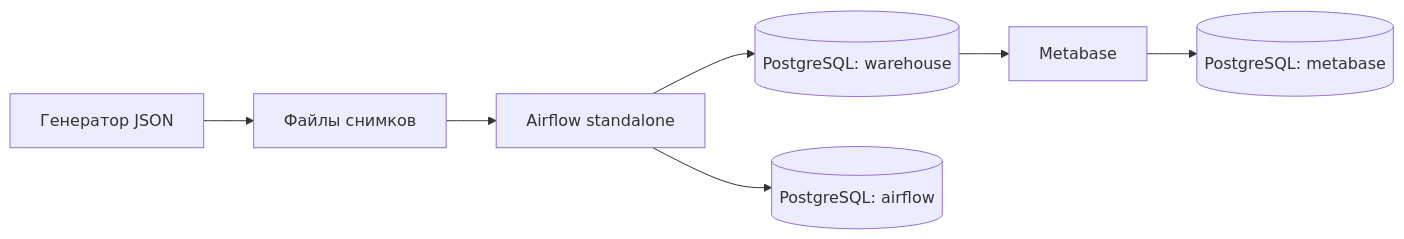
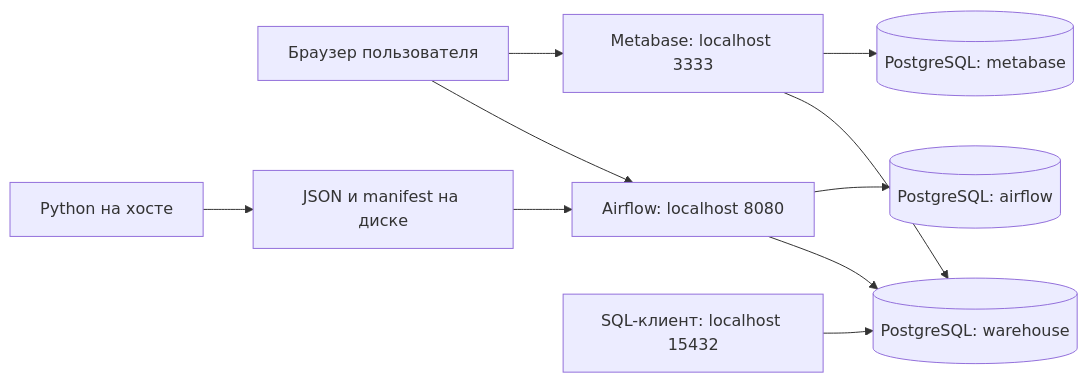
The first of 2 diagrams in docs/participants/04-environment.md (PfLoLexe/ppad-orders-airflow-lab), drawn with Mermaid before and after one commit. The commit also changed other lines of this file and 4 other files, not shown here.

````diff
--- a/docs/participants/04-environment.md
+++ b/docs/participants/04-environment.md
@@ -18,9 +42,12 @@
 ```mermaid
 flowchart LR
-    G[Генератор JSON] --> F[Файлы снимков]
-    F --> A[Airflow standalone]
-    A --> P[(PostgreSQL: warehouse)]
-    P --> M[Metabase]
+    U[Браузер пользователя] --> A[Airflow: localhost 8080]
+    U --> M[Metabase: localhost 3333]
+    H[Python на хосте] --> F[JSON и manifest на диске]
+    F --> A
+    A --> W[(PostgreSQL: warehouse)]
     A --> AM[(PostgreSQL: airflow)]
+    M --> W
     M --> MM[(PostgreSQL: metabase)]
+    S[SQL-клиент: localhost 15432] --> W
 ```
````
